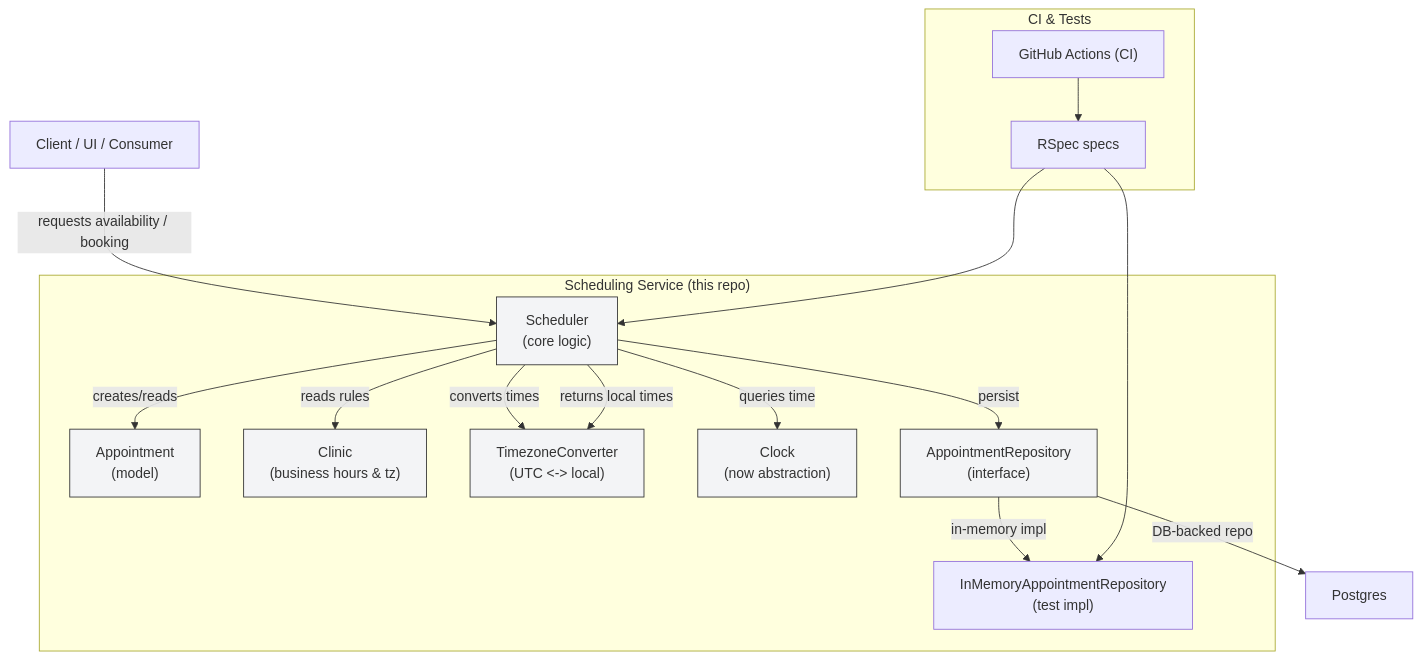
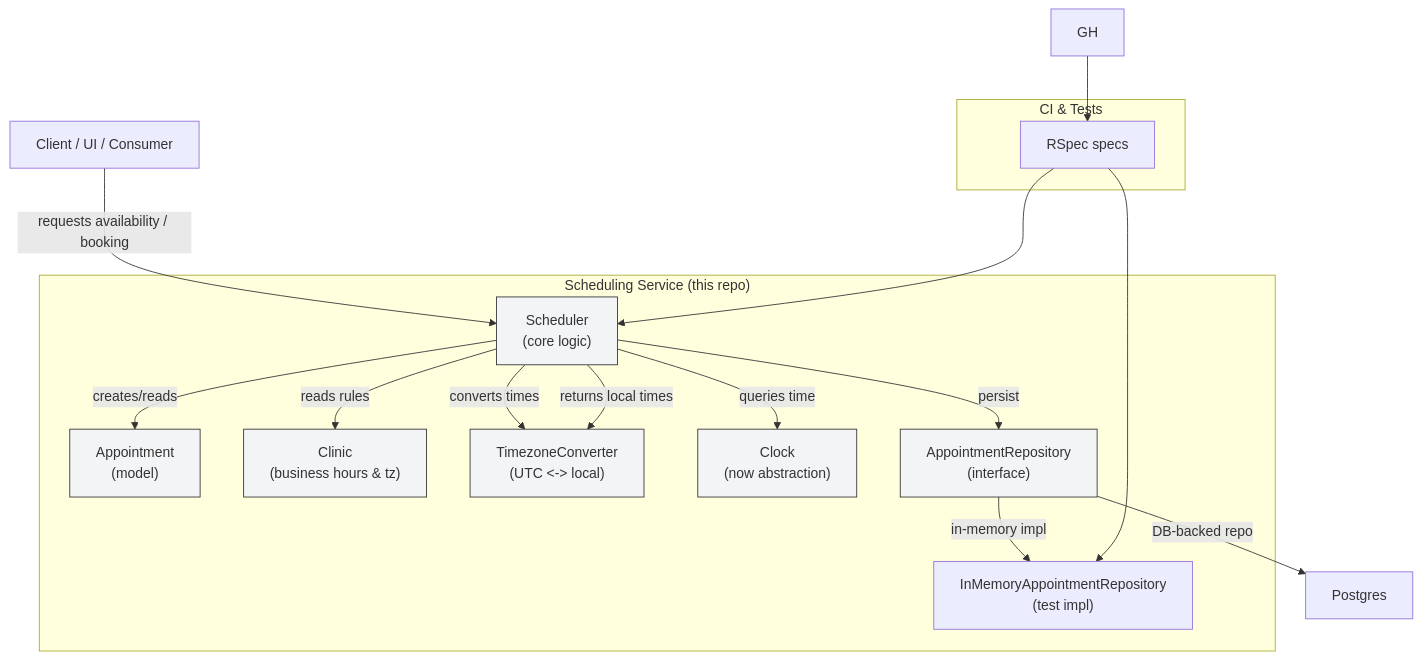
One commit to ColtJLaCh/MADSkeletonApp changed the diagram in README.md. Above: the diagram before and after it, drawn with Mermaid.

Commit message:
Remove GitHub Actions reference from README

````diff
--- a/README.md
+++ b/README.md
@@ -6,34 +6,33 @@
 ```mermaid
 flowchart TB
   subgraph SchedulingService["Scheduling Service (this repo)"]
     Scheduler["Scheduler\n(core logic)"]
     Appointment["Appointment\n(model)"]
     Clinic["Clinic\n(business hours & tz)"]
     TZ["TimezoneConverter\n(UTC <-> local)"]
     Clock["Clock\n(now abstraction)"]
     Repo["AppointmentRepository\n(interface)"]
     InMemoryRepo["InMemoryAppointmentRepository\n(test impl)"]
   end
 
   UI["Client / UI / Consumer"] -->|requests availability / booking| Scheduler
   Scheduler -->|persist| Repo
   Repo -->|in-memory impl| InMemoryRepo
   Scheduler -->|creates/reads| Appointment
   Scheduler -->|reads rules| Clinic
   Scheduler -->|converts times| TZ
   Scheduler -->|queries time| Clock
   Scheduler -->|returns local times| TZ
 
   Repo -->|DB-backed repo| Postgres
 
   subgraph CI["CI & Tests"]
     RSpec["RSpec specs"]
-    GH["GitHub Actions (CI)"]
   end
   GH --> RSpec
   RSpec --> Scheduler
   RSpec --> InMemoryRepo
 
   classDef component fill:#f3f4f6,stroke:#333,stroke-width:1px;
   class Scheduler,Repo,Clinic,Appointment,TZ,Clock component;
 ```
````
